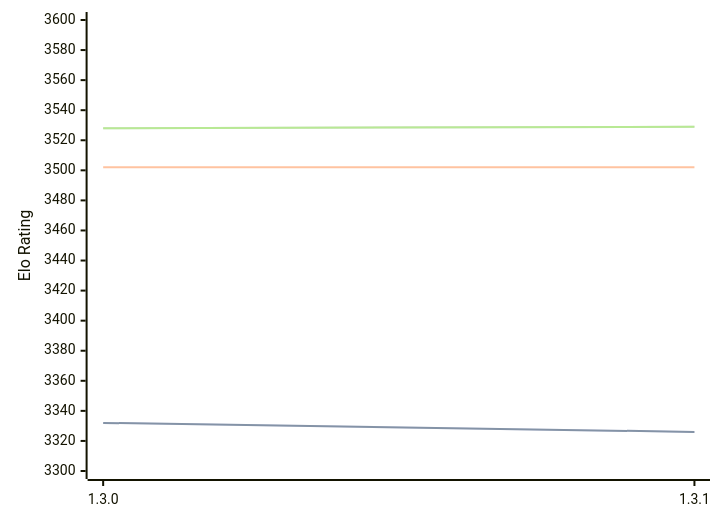
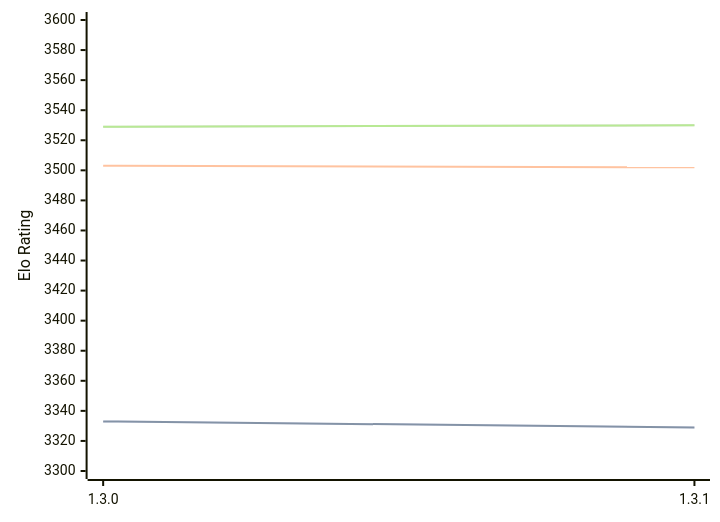
Before and after one commit to computer-chess-index/cci: the diagram in engines/Renegade.md, drawn with Mermaid. The commit also changed other lines of this file, not shown here.

Commit message:
Update CCI Ratings (ELO VLTC) - 2026-07-31

````diff
--- a/engines/Renegade.md
+++ b/engines/Renegade.md
@@ -42,11 +42,11 @@
 ```mermaid
 %%{init: {"theme":"base","themeVariables":{"seriesColors:['#a3a3a3','#222221','#faa371']}}}%%
 xychart-beta
   x-axis ["1.3.0", "1.3.1"]
   y-axis "Elo Rating" 3300 --> 3600
-  line "STC (8.0+0.08s)" [3332, 3326]
-  line "STC (8.0+0.08s)" [3332, 3326]
-  line "LTC (60.0+0.60s)" [3502, 3502]
-  line "VLTC (2m24s+1.12s)" [3528, 3529]
-  line "VLTC (2m24s+1.12s)" [3528, 3529]
+  line "STC (8.0+0.08s)" [3333, 3329]
+  line "STC (8.0+0.08s)" [3333, 3329]
+  line "LTC (60.0+0.60s)" [3503, 3502]
+  line "VLTC (2m24s+1.12s)" [3529, 3530]
+  line "VLTC (2m24s+1.12s)" [3529, 3530]
 ```
````
